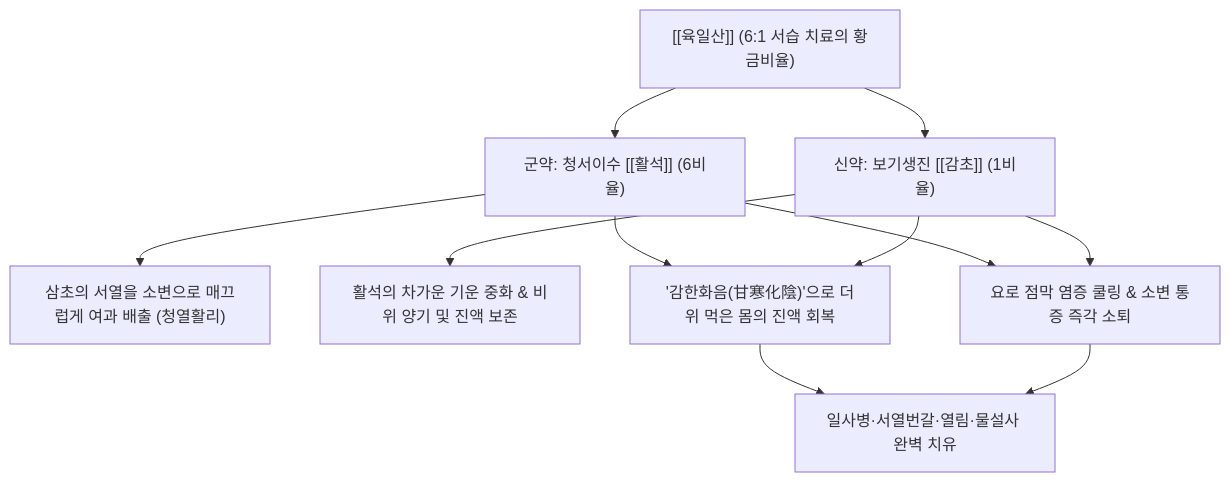
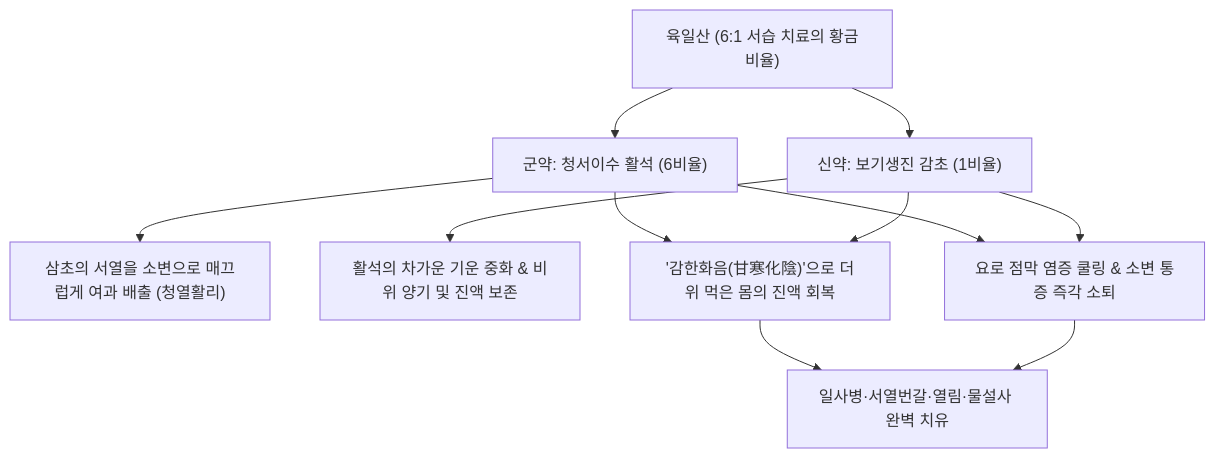
One commit to simbio11/simbio-digital-garden2 changed the diagram in content/2. 약리 공부/처방/03_화담·거습·이수제/육일산.md. Above: the diagram before and after it, drawn with Mermaid. The commit also changed other lines of this file and 323 other files, not shown here.

````diff
--- a/content/2. 약리 공부/처방/03_화담·거습·이수제/육일산.md
+++ b/content/2. 약리 공부/처방/03_화담·거습·이수제/육일산.md
@@ -42,13 +42,13 @@
 ```mermaid
 graph TD
-    A["[[육일산]] (6:1 서습 치료의 황금비율)"] --> B["군약: 청서이수 [[활석]] (6비율)"]
-    A --> C["신약: 보기생진 [[감초]] (1비율)"]
+    A["육일산 (6:1 서습 치료의 황금비율)"] --> B["군약: 청서이수 활석 (6비율)"]
+    A --> C["신약: 보기생진 감초 (1비율)"]
 
     B --> D["삼초의 서열을 소변으로 매끄럽게 여과 배출 (청열활리)"]
     C --> E["활석의 차가운 기운 중화 & 비위 양기 및 진액 보존"]
 
     B & C --> F["'감한화음(甘寒化陰)'으로 더위 먹은 몸의 진액 회복"]
     B & C --> G["요로 점막 염증 쿨링 & 소변 통증 즉각 소퇴"]
 
     F & G --> H["일사병·서열번갈·열림·물설사 완벽 치유"]
 ```
````
